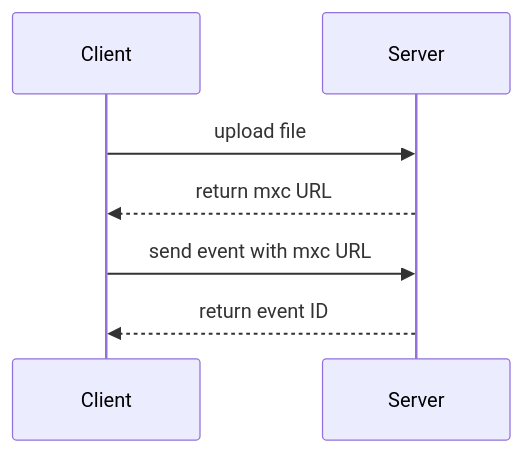
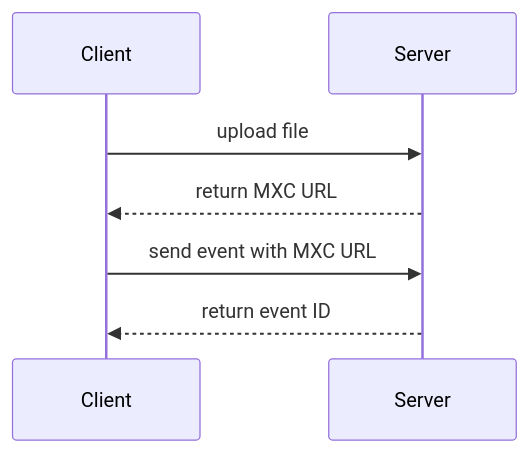
One commit to anoadragon453/matrix-doc changed the first of 4 diagrams in proposals/xxxx-decentralising-media-through-cids.md. Above: the diagram before and after it, drawn with Mermaid. The commit also changed other lines of this file and 1 other file, not shown here.

````diff
--- a/proposals/xxxx-decentralising-media-through-cids.md
+++ b/proposals/xxxx-decentralising-media-through-cids.md
@@ -17,9 +17,9 @@
 ```mermaid
 sequenceDiagram
   participant C as Client
   participant S as Server
   C->>S: upload file
-  S-->>C: return mxc URL
-  C->>S: send event with mxc URL
+  S-->>C: return MXC URL
+  C->>S: send event with MXC URL
   S-->>C: return event ID
 ```
````
